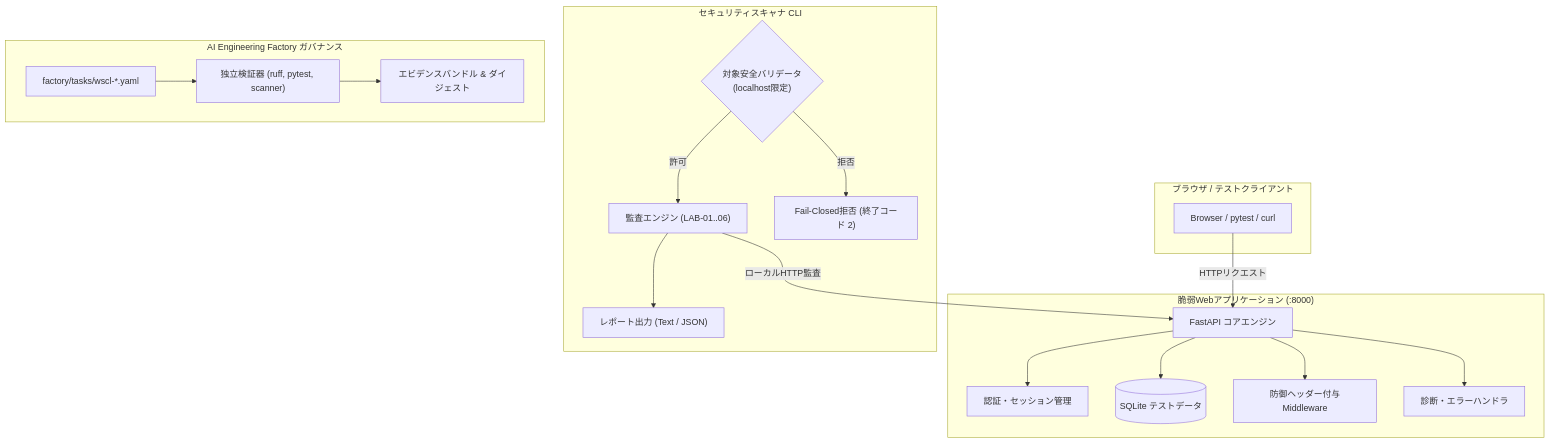
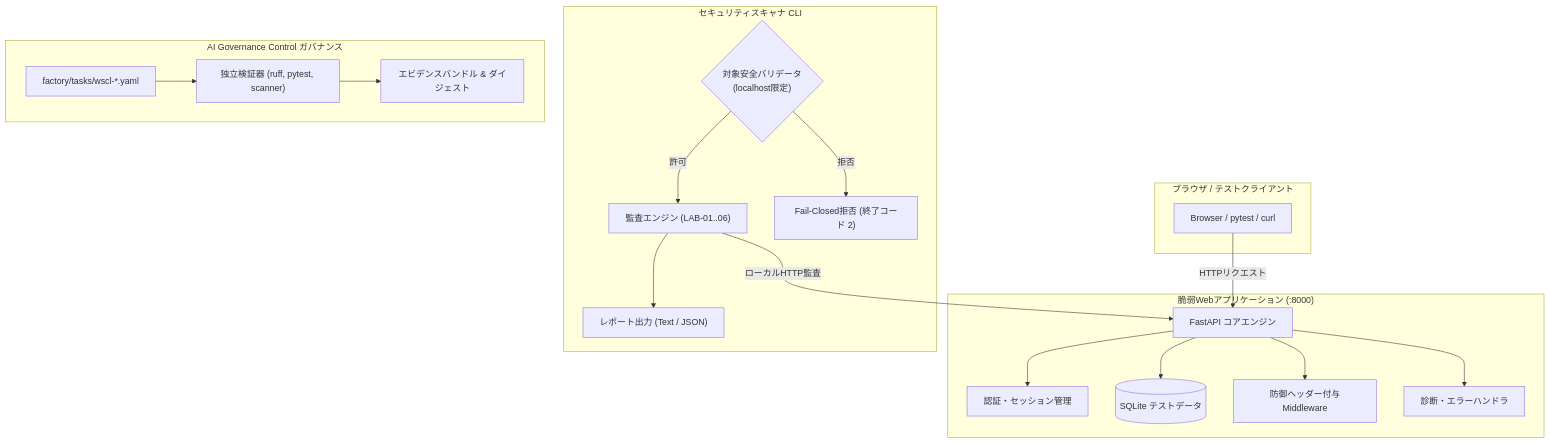
The diagram in docs/ARCHITECTURE.md (moruku36/web-security-control-lab), drawn with Mermaid before and after one commit. The commit also changed 2 other files, not shown here.

Commit message:
docs: use AI Governance Control display name

````diff
--- a/docs/ARCHITECTURE.md
+++ b/docs/ARCHITECTURE.md
@@ -11,40 +11,40 @@
 ```mermaid
 flowchart TD
     subgraph Browser / User / Automated Test ["ブラウザ / テストクライアント"]
         Client["Browser / pytest / curl"]
     end
 
     subgraph AppContainer ["脆弱Webアプリケーション (:8000)"]
         App["FastAPI コアエンジン"]
         Auth["認証・セッション管理"]
         DB[("SQLite テストデータ")]
         Headers["防御ヘッダー付与Middleware"]
         Diagnostic["診断・エラーハンドラ"]
 
         App --> Auth
         App --> DB
         App --> Headers
         App --> Diagnostic
     end
 
     subgraph ScannerContainer ["セキュリティスキャナ CLI"]
         TargetVal{"対象安全バリデータ<br/>(localhost限定)"}
         ScanEngine["監査エンジン (LAB-01..06)"]
         Reporter["レポート出力 (Text / JSON)"]
 
         TargetVal -->|許可| ScanEngine
         TargetVal -->|拒否| Refuse["Fail-Closed拒否 (終了コード 2)"]
         ScanEngine --> Reporter
     end
 
-    subgraph FactoryContainer ["AI Engineering Factory ガバナンス"]
+    subgraph FactoryContainer ["AI Governance Control ガバナンス"]
         Manifest["factory/tasks/wscl-*.yaml"]
         Verifier["独立検証器 (ruff, pytest, scanner)"]
         Bundle["エビデンスバンドル & ダイジェスト"]
 
         Manifest --> Verifier --> Bundle
     end
 
     Client -->|HTTPリクエスト| App
     ScanEngine -->|ローカルHTTP監査| App
 ```
````
